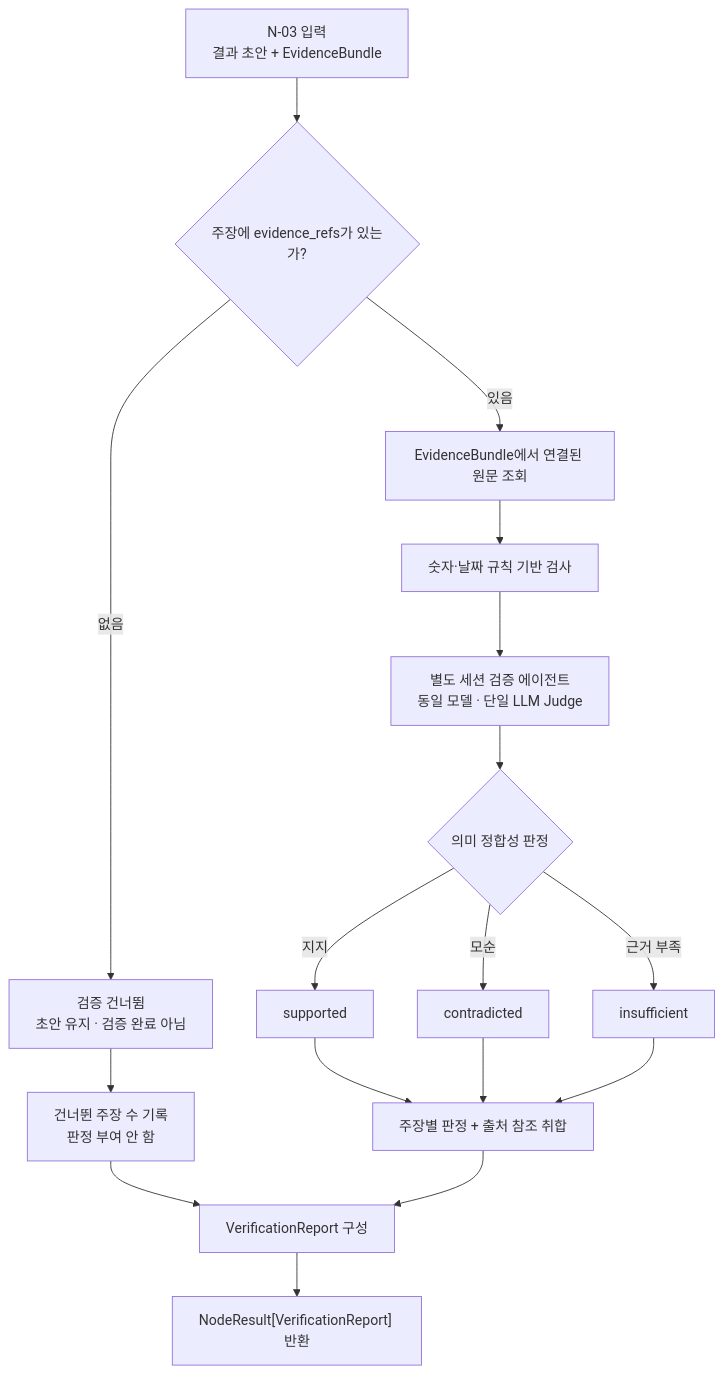
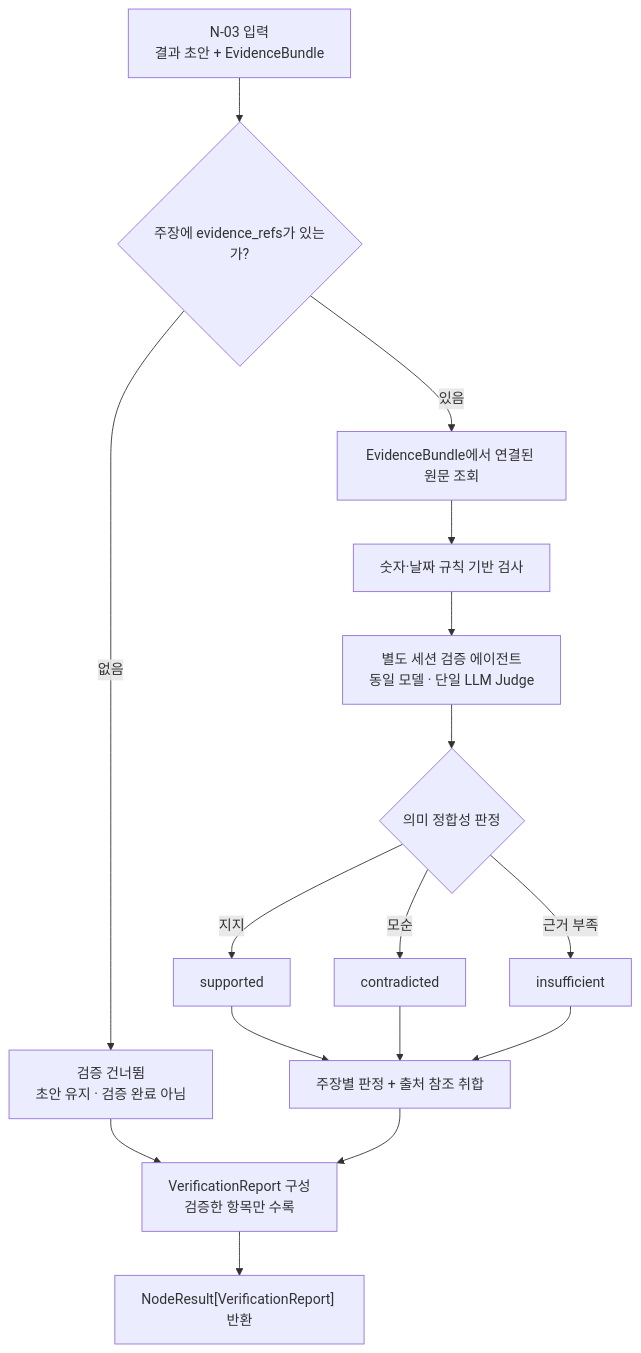
One commit to Jungminii-1114/ReportAnchor changed the diagram in docs/small-nodes/N-03.md. Above: the diagram before and after it, drawn with Mermaid. The commit also changed other lines of this file and 1 other file, not shown here.

Commit message:
docs: finalize minimal N-03 verification report and execution statuses

````diff
--- a/docs/small-nodes/N-03.md
+++ b/docs/small-nodes/N-03.md
@@ -69,19 +69,18 @@
 ```mermaid
 flowchart TD
     A["N-03 입력<br/>결과 초안 + EvidenceBundle"] --> B{"주장에 evidence_refs가 있는가?"}
     B -->|"없음"| X["검증 건너뜀<br/>초안 유지 · 검증 완료 아님"]
     B -->|"있음"| C["EvidenceBundle에서 연결된 원문 조회"]
     C --> D["숫자·날짜 규칙 기반 검사"]
     D --> E["별도 세션 검증 에이전트<br/>동일 모델 · 단일 LLM Judge"]
     E --> F{"의미 정합성 판정"}
     F -->|"지지"| G["supported"]
     F -->|"모순"| H["contradicted"]
     F -->|"근거 부족"| I["insufficient"]
     G --> J["주장별 판정 + 출처 참조 취합"]
     H --> J
     I --> J
-    X --> K["건너뛴 주장 수 기록<br/>판정 부여 안 함"]
-    K --> L["VerificationReport 구성"]
+    X --> L["VerificationReport 구성<br/>검증한 항목만 수록"]
     J --> L
     L --> R["NodeResult[VerificationReport] 반환"]
 ```
````
